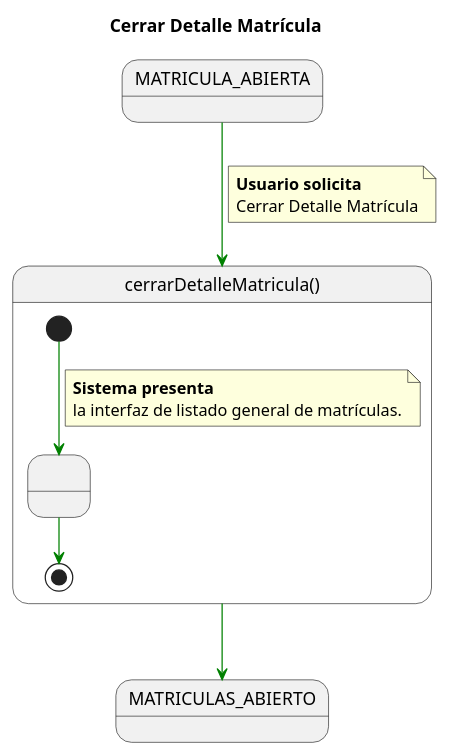
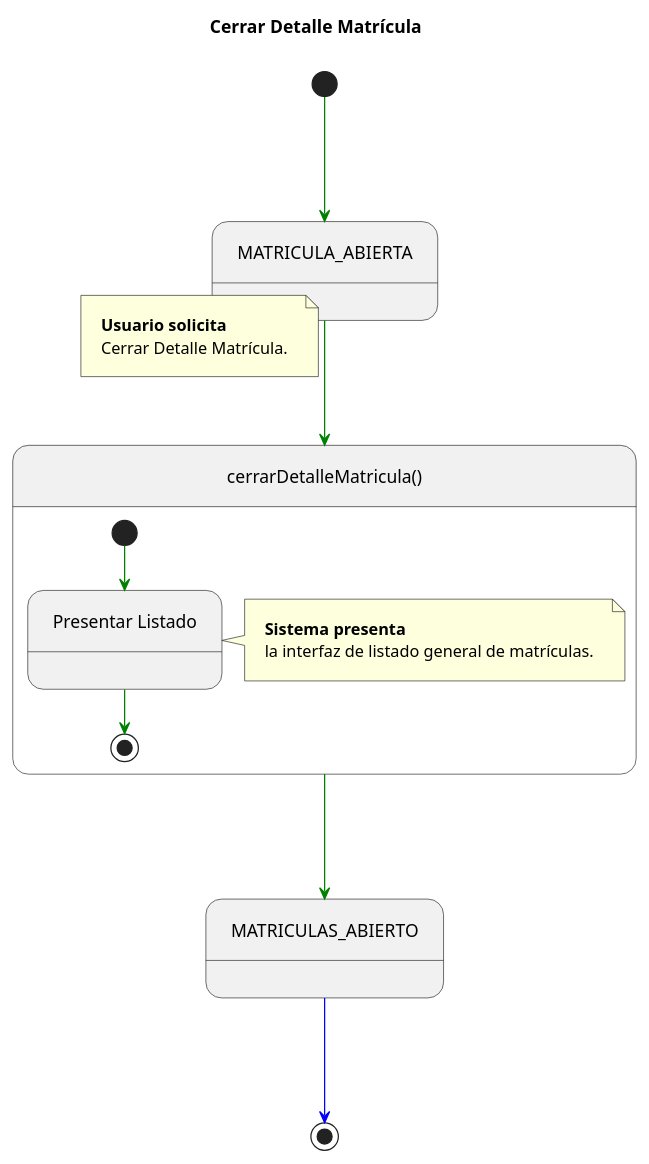
The diagram in documents/CasosDeUso/DetalladoCasosDeUso/Secretaria/cerrarDetalleMatricula.puml (enmabry/25-26-IdSw1-SdR), drawn with PlantUML before and after one commit. The commit also changed 24 other files, not shown here.

```diff
--- a/documents/CasosDeUso/DetalladoCasosDeUso/Secretaria/cerrarDetalleMatricula.puml
+++ b/documents/CasosDeUso/DetalladoCasosDeUso/Secretaria/cerrarDetalleMatricula.puml
@@ -1,31 +1,49 @@
-@startuml
+@startuml CerrarDetalleMatricula
 title Cerrar Detalle Matrícula
 
-skinparam linetype polyline
+' --- CONFIGURACIÓN DE ESTILO (Estándar del Ejemplo) ---
+skinparam nodesep 100
+skinparam ranksep 100
+skinparam linetype ortho
+skinparam Padding 10
 
-state startState as "MATRICULA_ABIERTA"
-state endState as "MATRICULAS_ABIERTO"
+' --- DEFINICIÓN DE ESTADOS ---
+state MATRICULA_ABIERTA_INICIAL as "MATRICULA_ABIERTA"
+state CERRAR_DETALLE_COMP       as "cerrarDetalleMatricula()"
+state MATRICULAS_ABIERTO_FINAL  as "MATRICULAS_ABIERTO"
 
-startState -[#green]-> cerrarDetalleMatricula
-note on link
+' Inicio
+[*] -[#green]-> MATRICULA_ABIERTA_INICIAL
+
+' 1. Transición de Entrada (Usuario solicita)
+MATRICULA_ABIERTA_INICIAL -[#green]-> CERRAR_DETALLE_COMP
+note left on link
     <b>Usuario solicita</b>
-    Cerrar Detalle Matrícula
+    Cerrar Detalle Matrícula.
 end note
 
-state cerrarDetalleMatricula as "cerrarDetalleMatricula()" {
-    state MuestraListado as " "
+' 2. Estado Compuesto (El proceso del Caso de Uso)
+state CERRAR_DETALLE_COMP {
+    ' Definimos el estado interno como en tu código
+    state MuestraListado as "Presentar Listado"
 
-    ' 1. Inicio: El sistema realiza la acción
+    ' Flujo interno
     [*] -[#green]-> MuestraListado
-    note on link
+
+    ' Nota interna (Sistema realiza)
+    note right of MuestraListado
         <b>Sistema presenta</b>
         la interfaz de listado general de matrículas.
     end note
 
-    ' 2. Fin: El caso de uso interno finaliza
+    ' Fin interno
     MuestraListado -[#green]-> [*]
 }
 
-cerrarDetalleMatricula -[#green]-> endState
+' 3. Salida al estado final
+CERRAR_DETALLE_COMP -[#green]-> MATRICULAS_ABIERTO_FINAL
+
+' Fin del diagrama
+MATRICULAS_ABIERTO_FINAL -[#blue]-> [*]
 
 @enduml
```
